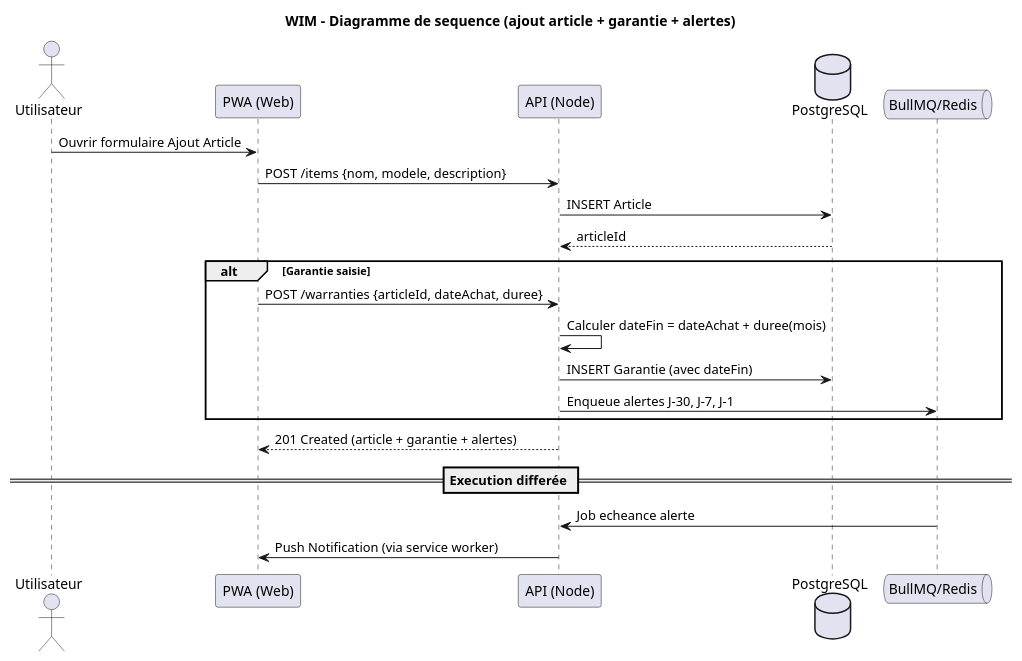
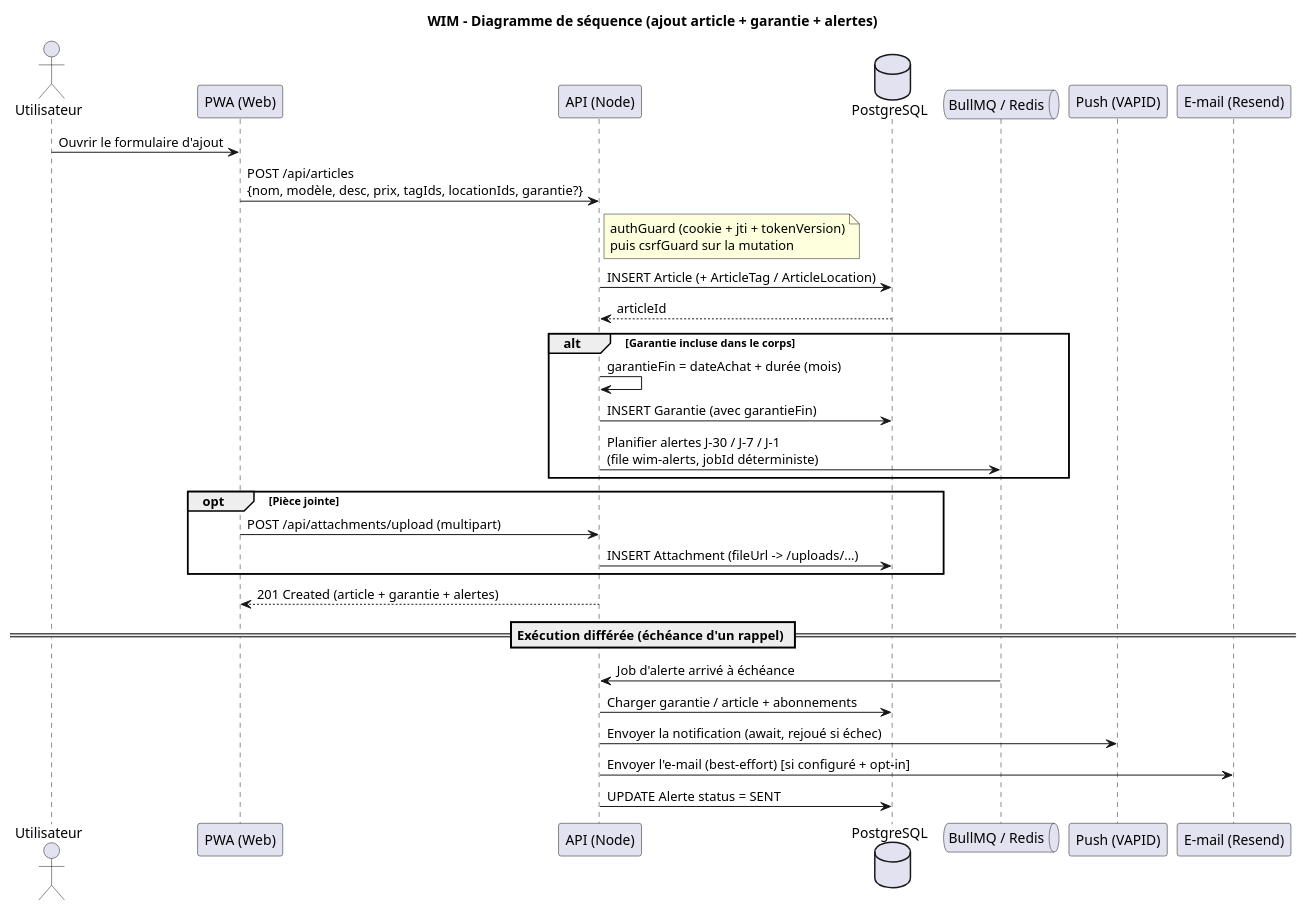
The diagram in docs/uml/04-sequence-add-item.puml (SGCSBorges/WIM), drawn with PlantUML before and after one commit. The commit also changed 7 other files, not shown here.

First line of the commit message:
docs(uml): update stale diagrams to current system + add sharing/deploy/alert

```diff
--- a/docs/uml/04-sequence-add-item.puml
+++ b/docs/uml/04-sequence-add-item.puml
@@ -1,28 +1,37 @@
 @startuml
-title WIM – Diagramme de sequence (ajout article + garantie + alertes)
+title WIM – Diagramme de séquence (ajout article + garantie + alertes)
 
 actor Utilisateur as User
 participant "PWA (Web)" as Web
 participant "API (Node)" as API
 database "PostgreSQL" as DB
-queue "BullMQ/Redis" as Jobs
+queue "BullMQ / Redis" as Jobs
+participant "Push (VAPID)" as Push
+participant "E-mail (Resend)" as Mail
 
-User -> Web : Ouvrir formulaire Ajout Article
-Web -> API : POST /items {nom, modele, description}
-API -> DB : INSERT Article
+User -> Web : Ouvrir le formulaire d'ajout
+Web -> API : POST /api/articles\n{nom, modèle, desc, prix, tagIds, locationIds, garantie?}
+note right of API : authGuard (cookie + jti + tokenVersion)\npuis csrfGuard sur la mutation
+API -> DB : INSERT Article (+ ArticleTag / ArticleLocation)
 DB --> API : articleId
 
-alt Garantie saisie
-  Web -> API : POST /warranties {articleId, dateAchat, duree}
-  API -> API : Calculer dateFin = dateAchat + duree(mois)
-  API -> DB : INSERT Garantie (avec dateFin)
-  API -> Jobs : Enqueue alertes J-30, J-7, J-1
+alt Garantie incluse dans le corps
+  API -> API : garantieFin = dateAchat + durée (mois)
+  API -> DB : INSERT Garantie (avec garantieFin)
+  API -> Jobs : Planifier alertes J-30 / J-7 / J-1\n(file wim-alerts, jobId déterministe)
+end
+
+opt Pièce jointe
+  Web -> API : POST /api/attachments/upload (multipart)
+  API -> DB : INSERT Attachment (fileUrl -> /uploads/...)
 end
 
 API --> Web : 201 Created (article + garantie + alertes)
 
-== Execution differée ==
-Jobs -> API : Job echeance alerte
-API -> Web : Push Notification (via service worker)
-
+== Exécution différée (échéance d'un rappel) ==
+Jobs -> API : Job d'alerte arrivé à échéance
+API -> DB : Charger garantie / article + abonnements
+API -> Push : Envoyer la notification (await, rejoué si échec)
+API -> Mail : Envoyer l'e-mail (best-effort) [si configuré + opt-in]
+API -> DB : UPDATE Alerte status = SENT
 @enduml
```
